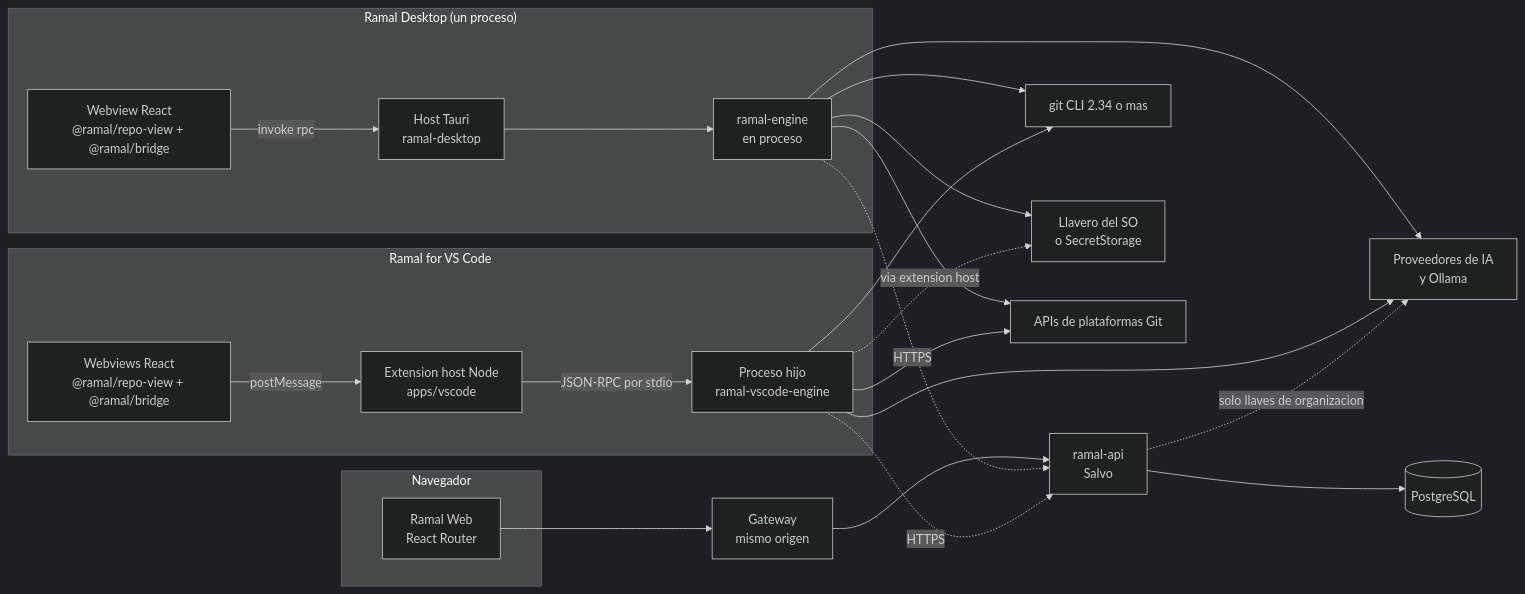
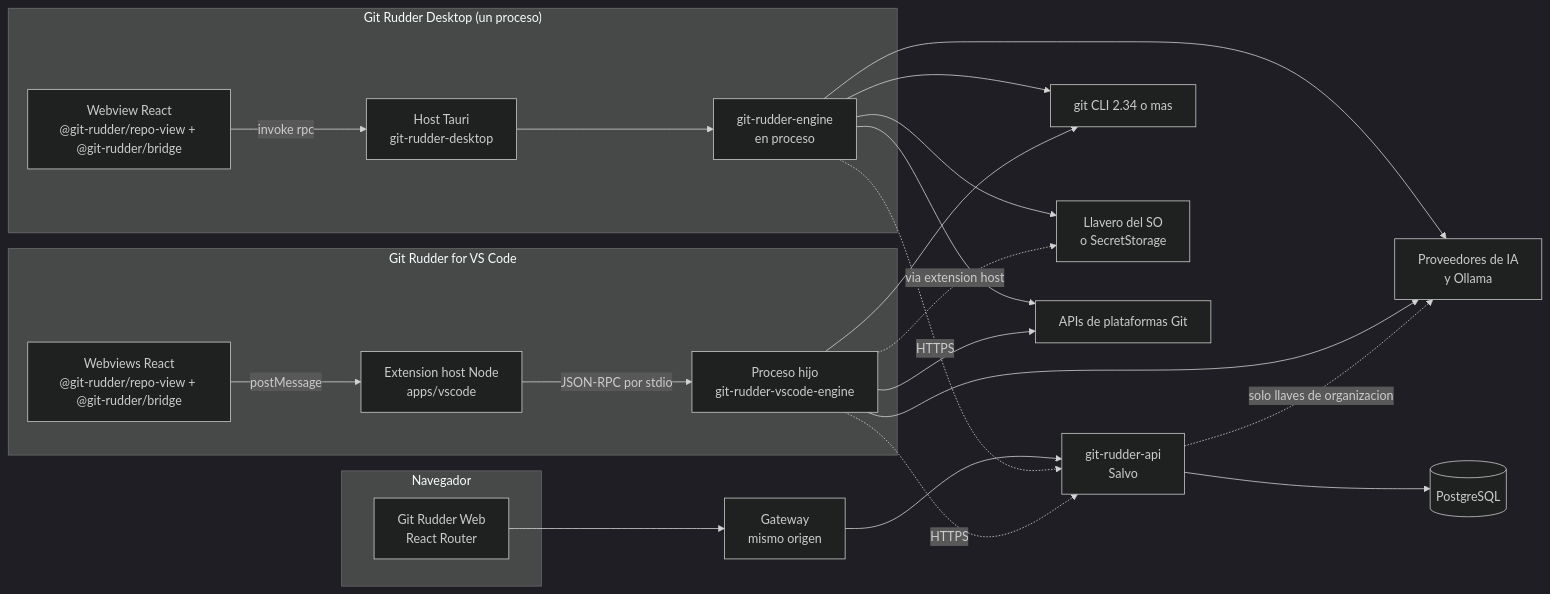
Before and after one commit to eabl0306/ramal: the first of 6 diagrams in docs/architecture.md, drawn with Mermaid (dark theme). The commit also changed other lines of this file and 524 other files, not shown here.

First line of the commit message:
refactor(repo): renombrar el producto a Git Rudder

````diff
--- a/docs/architecture.md
+++ b/docs/architecture.md
@@ -78,41 +78,41 @@
 ```mermaid
 flowchart LR
-    subgraph desk["Ramal Desktop (un proceso)"]
-        dweb["Webview React<br/>@ramal/repo-view + @ramal/bridge"]
-        dhost["Host Tauri<br/>ramal-desktop"]
-        deng["ramal-engine<br/>en proceso"]
+    subgraph desk["Git Rudder Desktop (un proceso)"]
+        dweb["Webview React<br/>@git-rudder/repo-view + @git-rudder/bridge"]
+        dhost["Host Tauri<br/>git-rudder-desktop"]
+        deng["git-rudder-engine<br/>en proceso"]
         dweb -->|"invoke rpc"| dhost --> deng
     end
 
-    subgraph vsc["Ramal for VS Code"]
-        vweb["Webviews React<br/>@ramal/repo-view + @ramal/bridge"]
+    subgraph vsc["Git Rudder for VS Code"]
+        vweb["Webviews React<br/>@git-rudder/repo-view + @git-rudder/bridge"]
         vhost["Extension host Node<br/>apps/vscode"]
-        vside["Proceso hijo<br/>ramal-vscode-engine"]
+        vside["Proceso hijo<br/>git-rudder-vscode-engine"]
         vweb -->|"postMessage"| vhost -->|"JSON-RPC por stdio"| vside
     end
 
     subgraph browser["Navegador"]
-        web["Ramal Web<br/>React Router"]
+        web["Git Rudder Web<br/>React Router"]
     end
 
     gw["Gateway<br/>mismo origen"]
-    api["ramal-api<br/>Salvo"]
+    api["git-rudder-api<br/>Salvo"]
     pg[("PostgreSQL")]
     git["git CLI 2.34 o mas"]
     keys["Llavero del SO<br/>o SecretStorage"]
     plat["APIs de plataformas Git"]
     llm["Proveedores de IA<br/>y Ollama"]
 
     web --> gw --> api --> pg
     deng --> git
     vside --> git
     deng --> keys
     vside -.->|"via extension host"| keys
     deng --> plat
     vside --> plat
     deng --> llm
     vside --> llm
     deng -.->|"HTTPS"| api
     vside -.->|"HTTPS"| api
     api -.->|"solo llaves de organizacion"| llm
 ```
````
